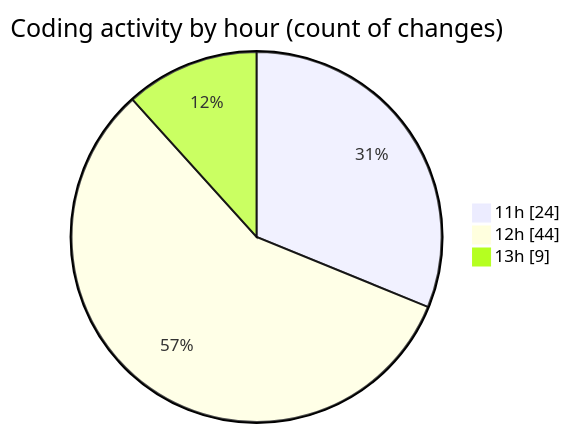
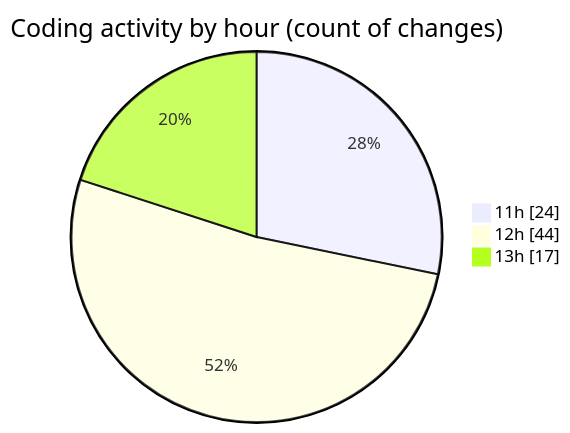
The second of 2 diagrams in 2025-05-10/argos-dev/README.md (nxtqubesakshisongat/code-tracking), drawn with Mermaid before and after one commit. The commit also changed other lines of this file and 1 other file, not shown here.

````diff
--- a/2025-05-10/argos-dev/README.md
+++ b/2025-05-10/argos-dev/README.md
@@ -29,7 +30,7 @@
 ```mermaid
 pie showData
 title Coding activity by hour (count of changes)
 "11h" : 24
 "12h" : 44
-"13h" : 9
+"13h" : 17
 ```
````
